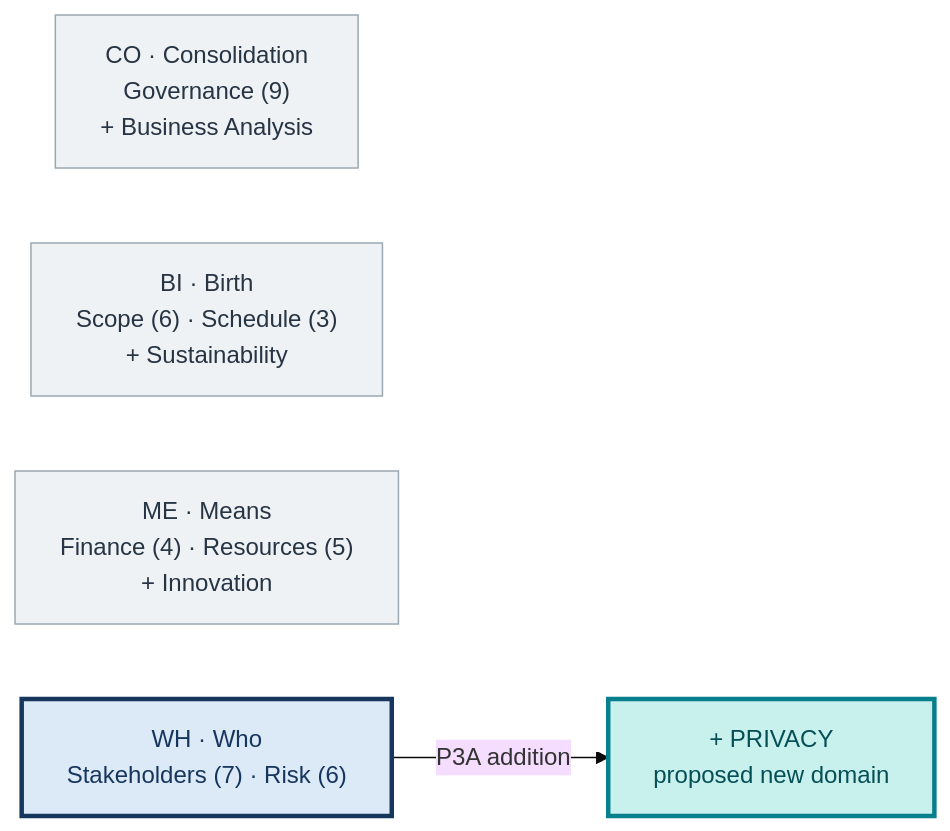
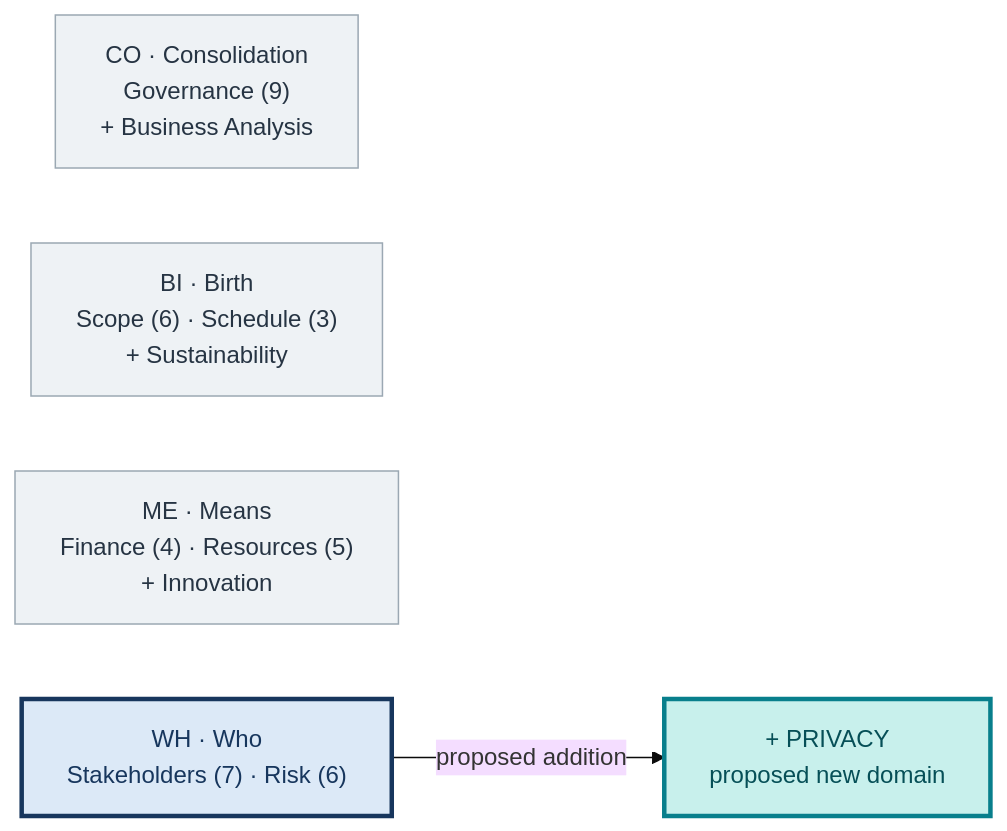
The first of 3 diagrams in _grupo/P3A/entregas/P3A_Privacidade2_Poster_EN.md (cadu-unb/_POS-PPCA-GPTI_2026-2), drawn with Mermaid (base theme) before and after one commit. The commit also changed other lines of this file and 5 other files, not shown here.

````diff
--- a/_grupo/P3A/entregas/P3A_Privacidade2_Poster_EN.md
+++ b/_grupo/P3A/entregas/P3A_Privacidade2_Poster_EN.md
@@ -22,15 +24,15 @@
 ```mermaid
 flowchart LR
     CO["CO · Consolidation<br/>Governance (9)<br/>+ Business Analysis"]
     BI["BI · Birth<br/>Scope (6) · Schedule (3)<br/>+ Sustainability"]
     ME["ME · Means<br/>Finance (4) · Resources (5)<br/>+ Innovation"]
     WH["WH · Who<br/>Stakeholders (7) · Risk (6)"]
     P["+ PRIVACY<br/>proposed new domain"]
-    WH -->|P3A addition| P
+    WH -->|proposed addition| P
     classDef other fill:#eef2f5,stroke:#9ba8b3,color:#263443
     classDef focus fill:#dce9f7,stroke:#17365d,stroke-width:3px,color:#17365d
     classDef proposal fill:#c8f0ec,stroke:#087f8c,stroke-width:3px,color:#064f57
     class CO,BI,ME other
     class WH focus
     class P proposal
 ```
````
